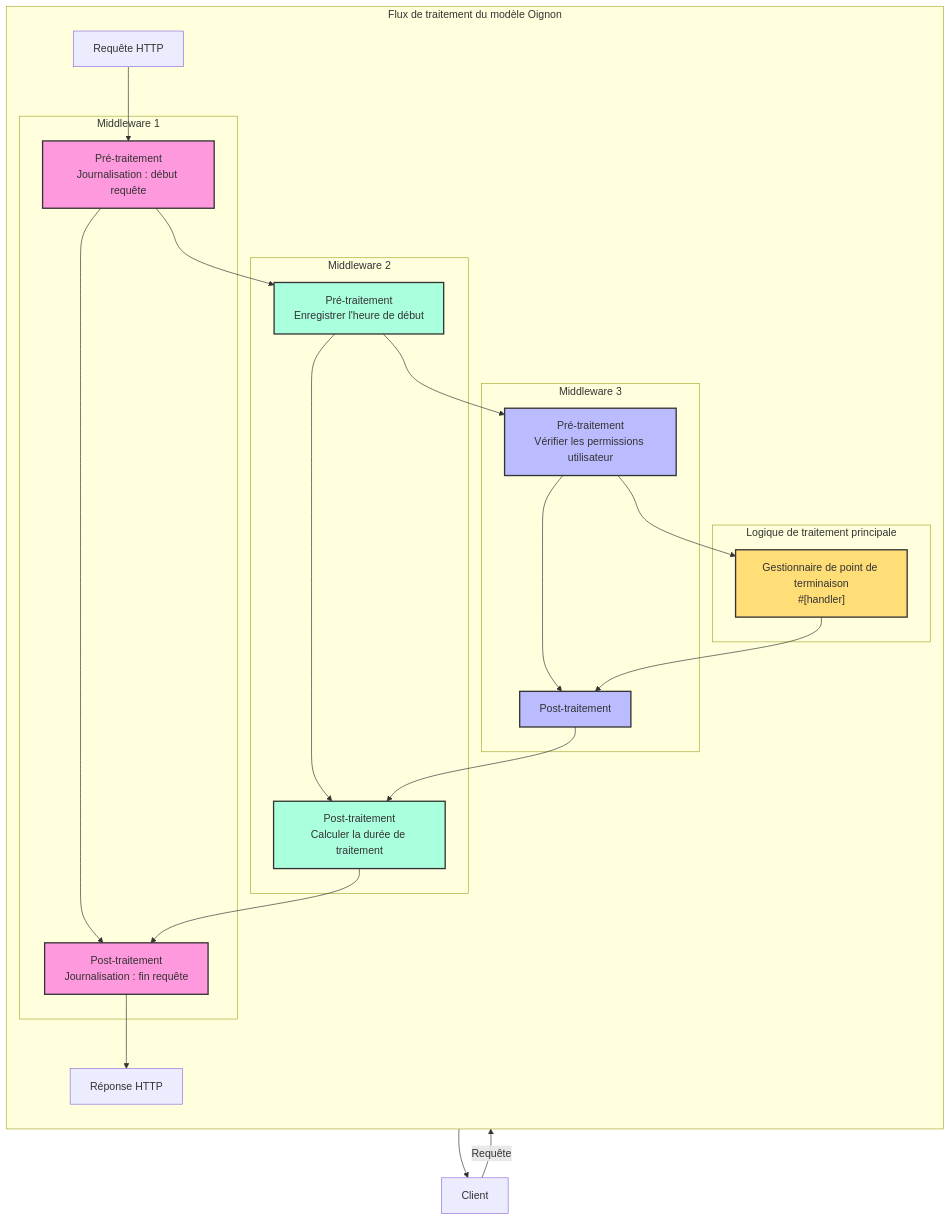
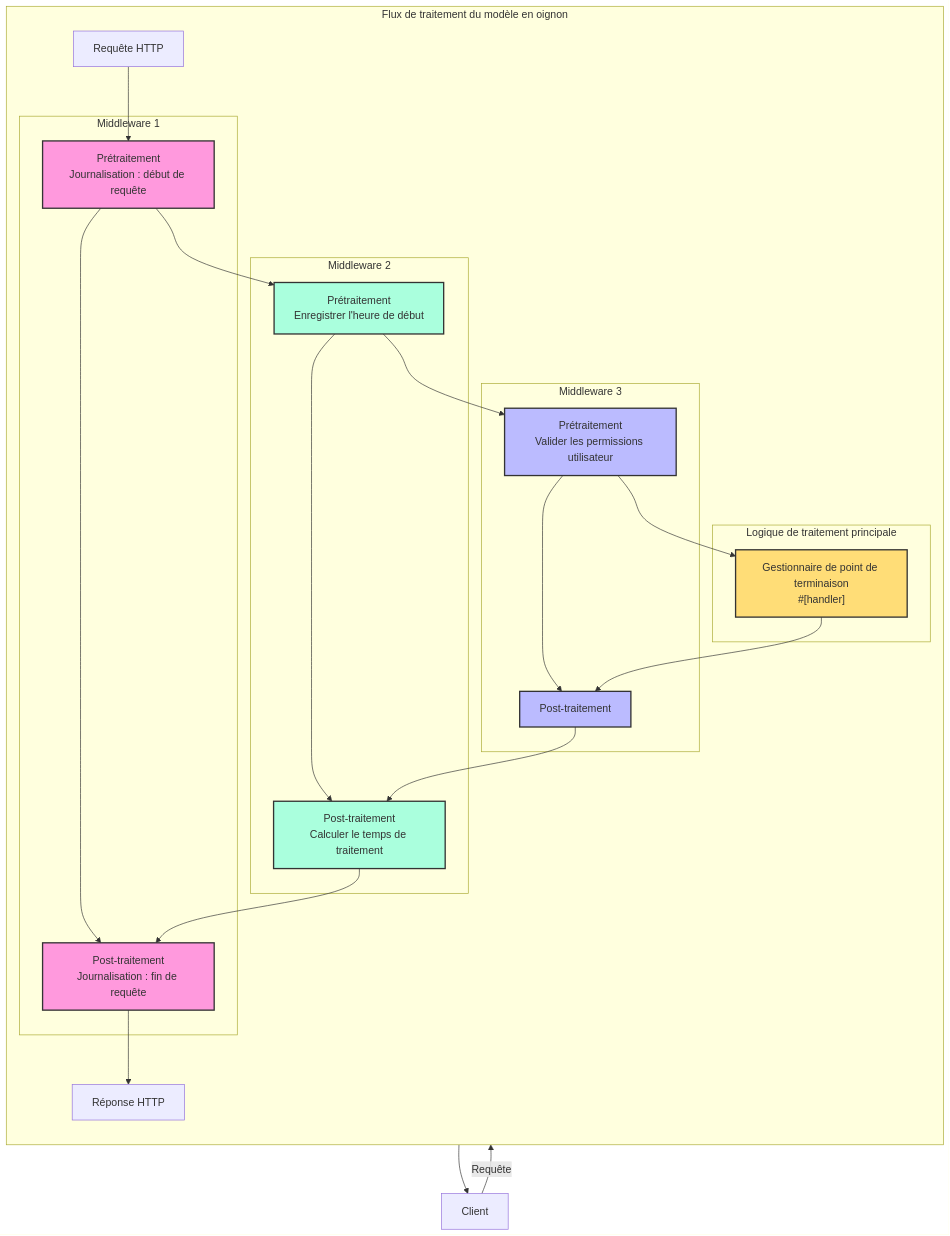
The second of 2 diagrams in docs/fr/guide/concepts/handler.mdx (salvo-rs/website), drawn with Mermaid before and after one commit. The commit also changed other lines of this file and 326 other files, not shown here.

````diff
--- a/docs/fr/guide/concepts/handler.mdx
+++ b/docs/fr/guide/concepts/handler.mdx
@@ -59,45 +60,45 @@
 ```mermaid
 flowchart TB
     Client[Client] -->|Requête| Request[Requête HTTP]
 
-    subgraph "Flux de traitement du modèle Oignon"
+    subgraph "Flux de traitement du modèle en oignon"
         direction TB
 
         subgraph M1["Middleware 1"]
-            M1A["Pré-traitement<br>Journalisation : début requête"] --> M1B["Post-traitement<br>Journalisation : fin requête"]
+            M1A["Prétraitement<br>Journalisation : début de requête"] --> M1B["Post-traitement<br>Journalisation : fin de requête"]
         end
 
         subgraph M2["Middleware 2"]
-            M2A["Pré-traitement<br>Enregistrer l'heure de début"] --> M2B["Post-traitement<br>Calculer la durée de traitement"]
+            M2A["Prétraitement<br>Enregistrer l'heure de début"] --> M2B["Post-traitement<br>Calculer le temps de traitement"]
         end
 
         subgraph M3["Middleware 3"]
-            M3A["Pré-traitement<br>Vérifier les permissions utilisateur"] --> M3B["Post-traitement<br>"]
+            M3A["Prétraitement<br>Valider les permissions utilisateur"] --> M3B["Post-traitement<br>"]
         end
 
         subgraph Core["Logique de traitement principale"]
             Handler["Gestionnaire de point de terminaison<br>#[handler]"]
         end
 
         Request --> M1A
         M1A --> M2A
         M2A --> M3A
         M3A --> Handler
         Handler --> M3B
         M3B --> M2B
         M2B --> M1B
         M1B --> Response
     end
 
     Response[Réponse HTTP] --> Client
 
     classDef middleware1 fill:#f9d,stroke:#333,stroke-width:2px;
     classDef middleware2 fill:#afd,stroke:#333,stroke-width:2px;
     classDef middleware3 fill:#bbf,stroke:#333,stroke-width:2px;
     classDef core fill:#fd7,stroke:#333,stroke-width:2px;
 
     class M1A,M1B middleware1;
     class M2A,M2B middleware2;
     class M3A,M3B middleware3;
     class Handler core;
 ```
````
